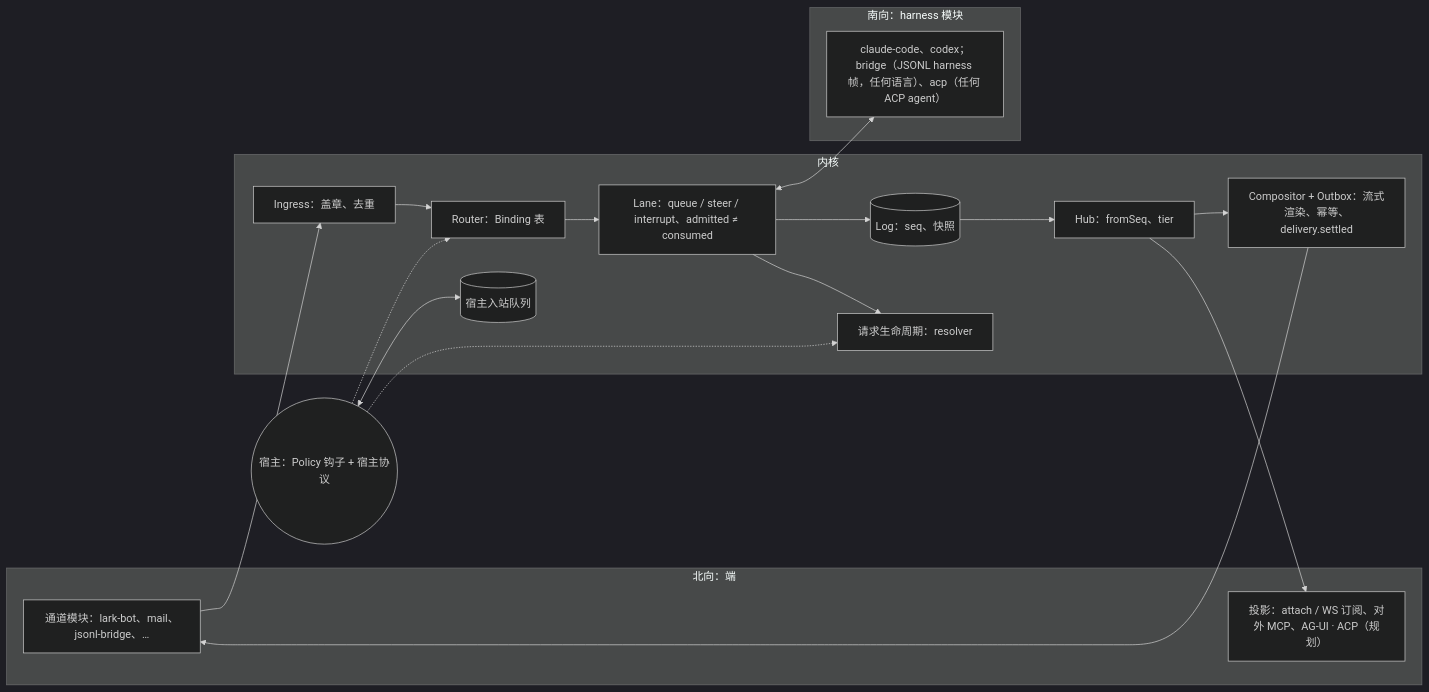
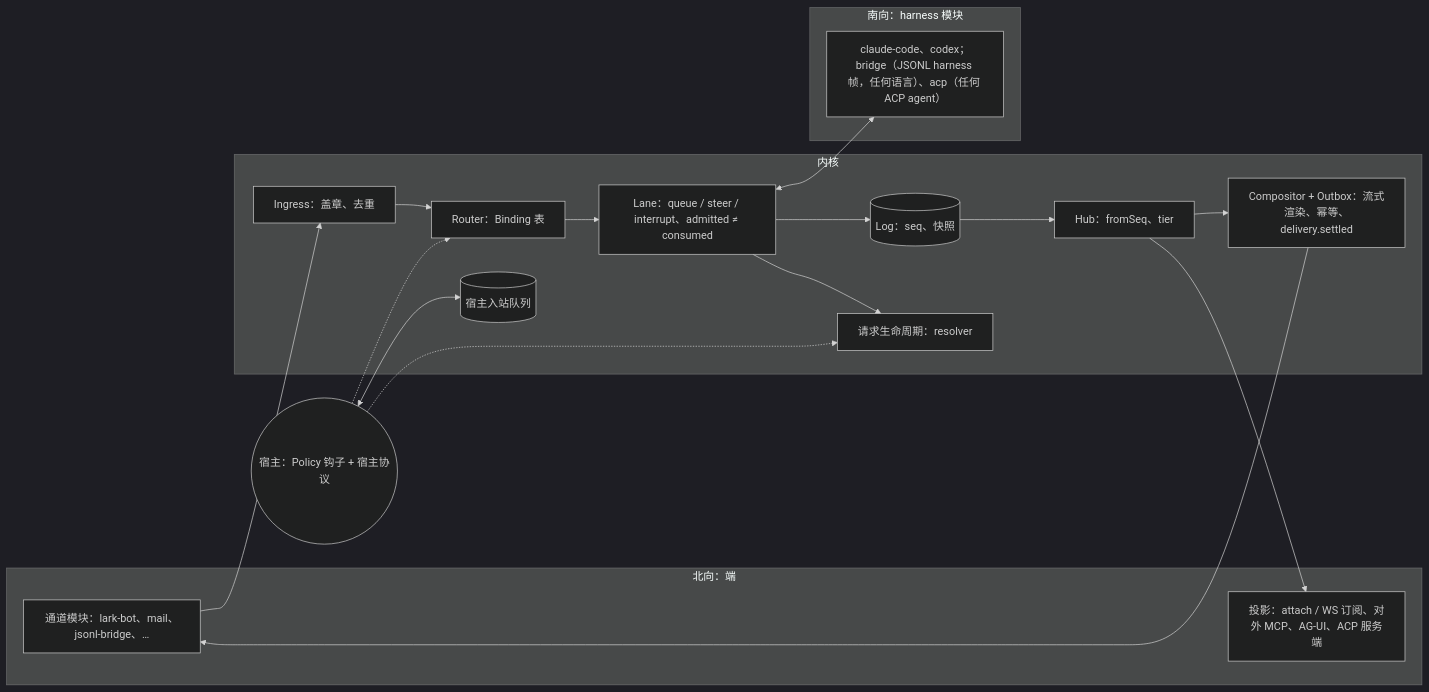
Before and after one commit to Ghost-LZW/agents-io: the diagram in docs/design/core-slimming/README.md, drawn with Mermaid (dark theme). The commit also changed other lines of this file and 44 other files, not shown here.

````diff
--- a/docs/design/core-slimming/README.md
+++ b/docs/design/core-slimming/README.md
@@ -31,26 +31,26 @@
 ```mermaid
 flowchart LR
   subgraph North[北向：端]
     CH[通道模块：lark-bot、mail、jsonl-bridge、…]
-    PJ[投影：attach / WS 订阅、对外 MCP、AG-UI · ACP（规划）]
+    PJ[投影：attach / WS 订阅、对外 MCP、AG-UI、ACP 服务端]
   end
   subgraph Kernel[内核]
     IG[Ingress：盖章、去重] --> RT[Router：Binding 表]
     RT --> LN[Lane：queue / steer / interrupt、admitted ≠ consumed]
     LN --> LOG[(Log：seq、快照)]
     LOG --> HUB[Hub：fromSeq、tier]
     HUB --> CP[Compositor + Outbox：流式渲染、幂等、delivery.settled]
     LN --> RQ[请求生命周期：resolver]
     HQ[(宿主入站队列)]
   end
   subgraph South[南向：harness 模块]
     HN[claude-code、codex；bridge（JSONL harness 帧，任何语言）、acp（任何 ACP agent）]
   end
   Host((宿主：Policy 钩子 + 宿主协议)) -.-> RT
   Host -.-> RQ
   Host <--> HQ
   CH --> IG
   CP --> CH
   HUB --> PJ
   LN <--> HN
 ```
````
